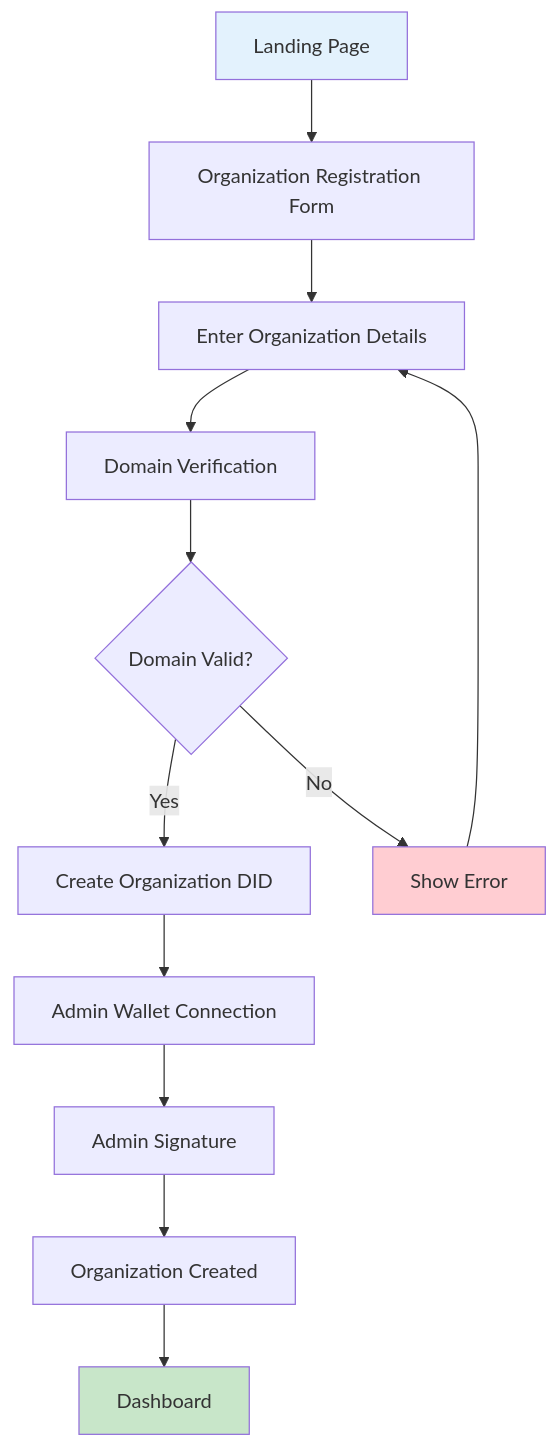
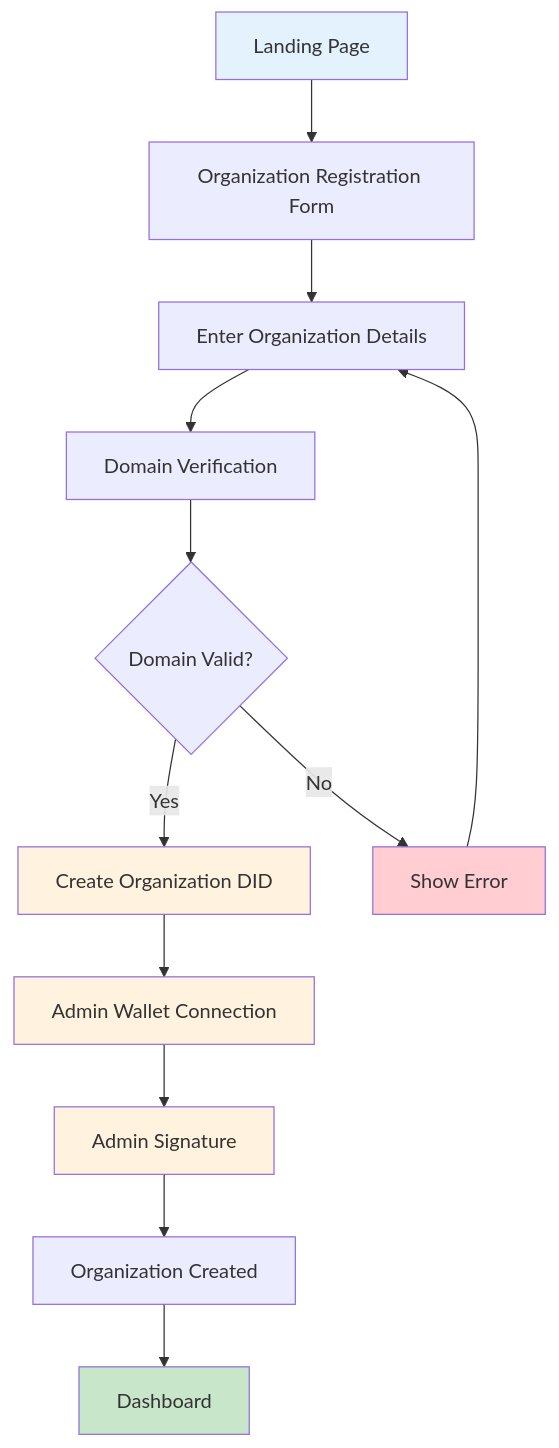
The first of 17 diagrams in UI_DESIGN_DOCUMENT.md (gitmujoshi/Confidential-AI-Network), drawn with Mermaid before and after one commit. The commit also changed other lines of this file, not shown here.

````diff
--- a/UI_DESIGN_DOCUMENT.md
+++ b/UI_DESIGN_DOCUMENT.md
@@ -125,18 +125,21 @@
 ```mermaid
-graph TD
+flowchart TD
     A[Landing Page] --> B[Organization Registration Form]
     B --> C[Enter Organization Details]
     C --> D[Domain Verification]
     D --> E{Domain Valid?}
     E -->|Yes| F[Create Organization DID]
     E -->|No| G[Show Error]
     G --> C
     F --> H[Admin Wallet Connection]
     H --> I[Admin Signature]
     I --> J[Organization Created]
     J --> K[Dashboard]
     
     style A fill:#e3f2fd
     style K fill:#c8e6c9
     style G fill:#ffcdd2
+    style F fill:#fff3e0
+    style H fill:#fff3e0
+    style I fill:#fff3e0
 ```
````
